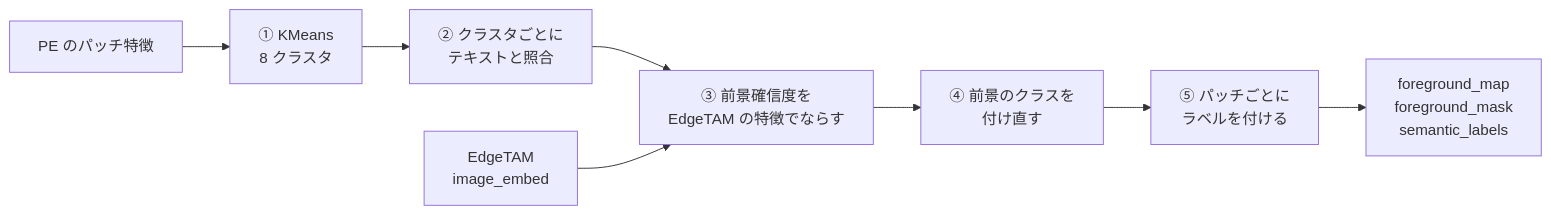
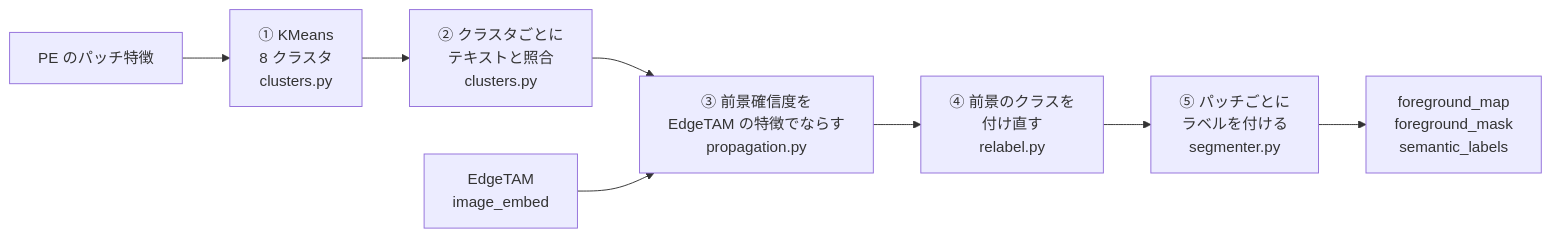
The first of 5 diagrams in docs/coarse_segmentation.md (fklg-64/pe_anything_detect), drawn with Mermaid before and after one commit. The commit also changed other lines of this file and 122 other files, not shown here.

````diff
--- a/docs/coarse_segmentation.md
+++ b/docs/coarse_segmentation.md
@@ -13,10 +13,10 @@
 ```mermaid
 flowchart LR
-    PE["PE のパッチ特徴"] --> K["① KMeans<br/>8 クラスタ"]
-    K --> J["② クラスタごとに<br/>テキストと照合"]
-    J --> P["③ 前景確信度を<br/>EdgeTAM の特徴でならす"]
+    PE["PE のパッチ特徴"] --> K["① KMeans<br/>8 クラスタ<br/>clusters.py"]
+    K --> J["② クラスタごとに<br/>テキストと照合<br/>clusters.py"]
+    J --> P["③ 前景確信度を<br/>EdgeTAM の特徴でならす<br/>propagation.py"]
     ET["EdgeTAM<br/>image_embed"] --> P
-    P --> R["④ 前景のクラスを<br/>付け直す"]
-    R --> L["⑤ パッチごとに<br/>ラベルを付ける"]
+    P --> R["④ 前景のクラスを<br/>付け直す<br/>relabel.py"]
+    R --> L["⑤ パッチごとに<br/>ラベルを付ける<br/>segmenter.py"]
     L --> OUT["foreground_map<br/>foreground_mask<br/>semantic_labels"]
 ```
````
